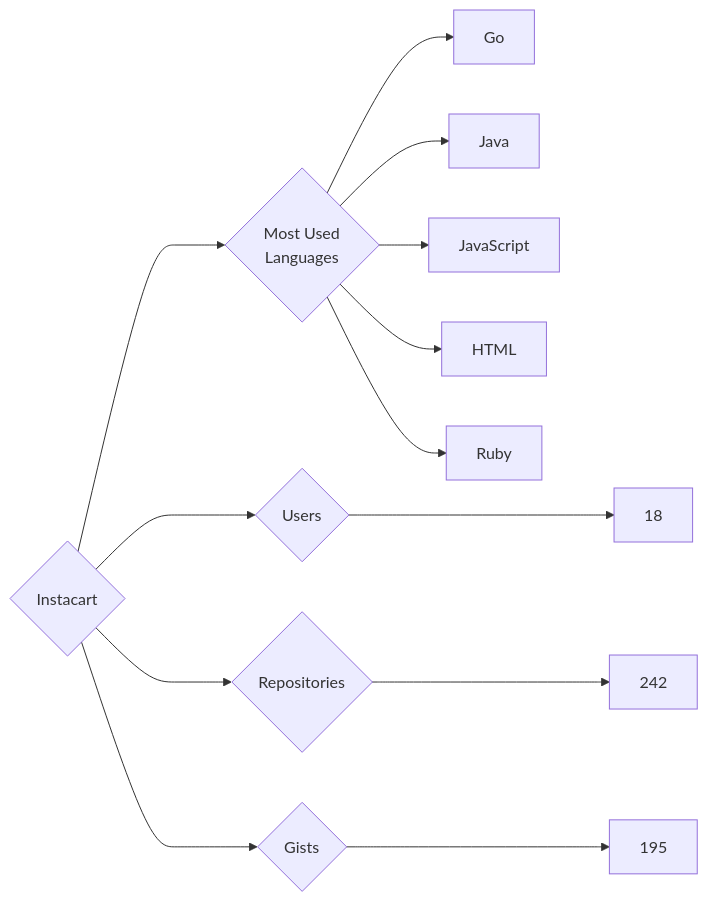
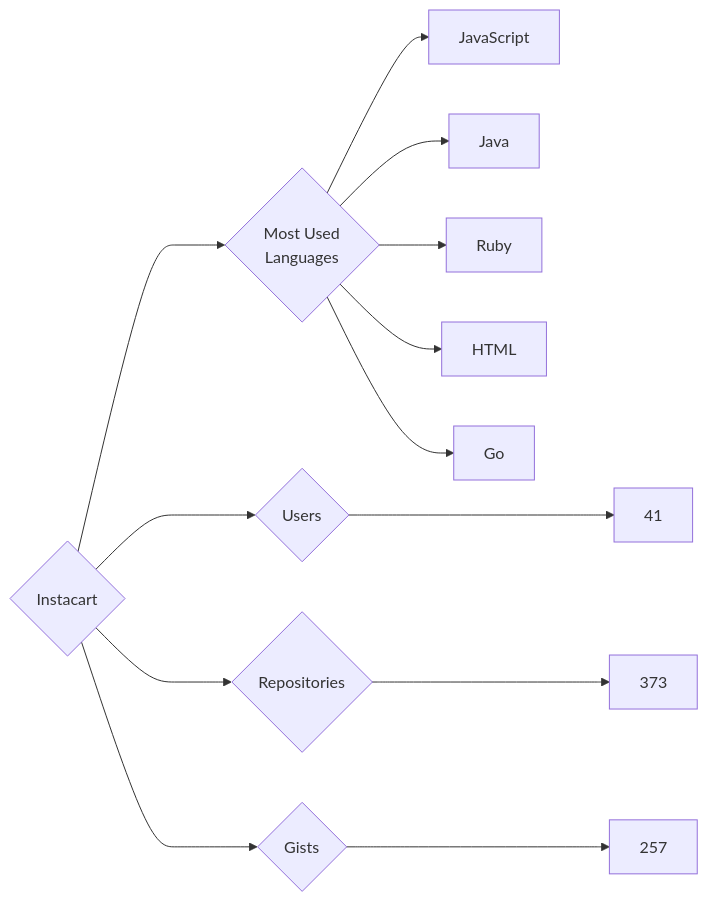
One commit to trickest/insiders changed the diagram in targets/Instacart/README.md. Above: the diagram before and after it, drawn with Mermaid. The commit also changed 681 other files, not shown here.

````diff
--- a/targets/Instacart/README.md
+++ b/targets/Instacart/README.md
@@ -3,13 +3,13 @@
 ```mermaid
 graph LR
 COMPANY_NAME{Instacart}
-COMPANY_NAME ---> U{Users} ---> UN[18]
-COMPANY_NAME ---> R{Repositories} ---> RN[242]
-COMPANY_NAME ---> G{Gists} ---> GN[195]
+COMPANY_NAME ---> U{Users} ---> UN[41]
+COMPANY_NAME ---> R{Repositories} ---> RN[373]
+COMPANY_NAME ---> G{Gists} ---> GN[257]
 COMPANY_NAME ---> ML{Most Used<br>Languages}
+ML --> JavaScript[JavaScript]
+ML --> Java[Java]
+ML --> Ruby[Ruby]
+ML --> HTML[HTML]
 ML --> Go[Go]
-ML --> Java[Java]
-ML --> JavaScript[JavaScript]
-ML --> HTML[HTML]
-ML --> Ruby[Ruby]
 ```
````
